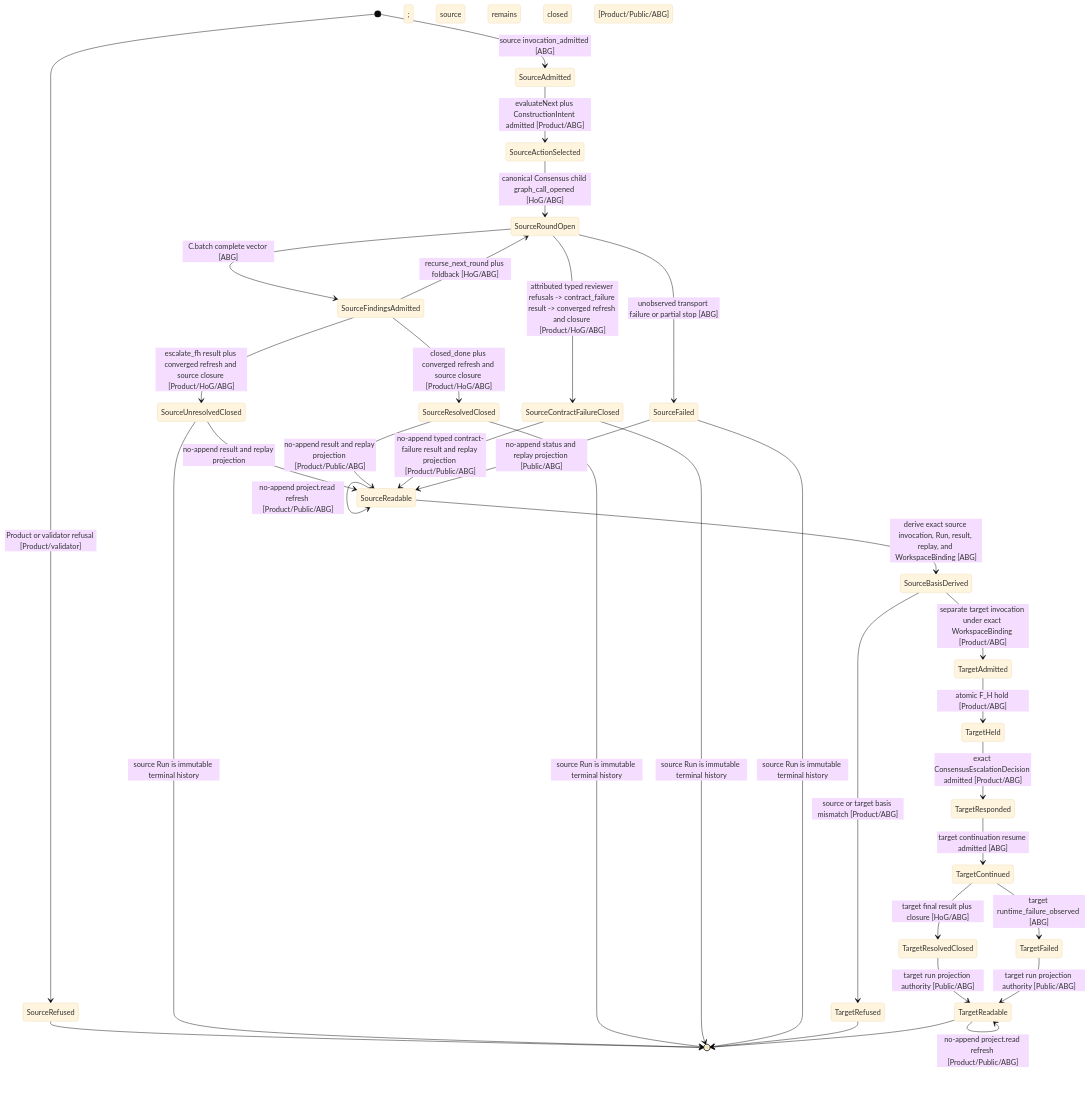
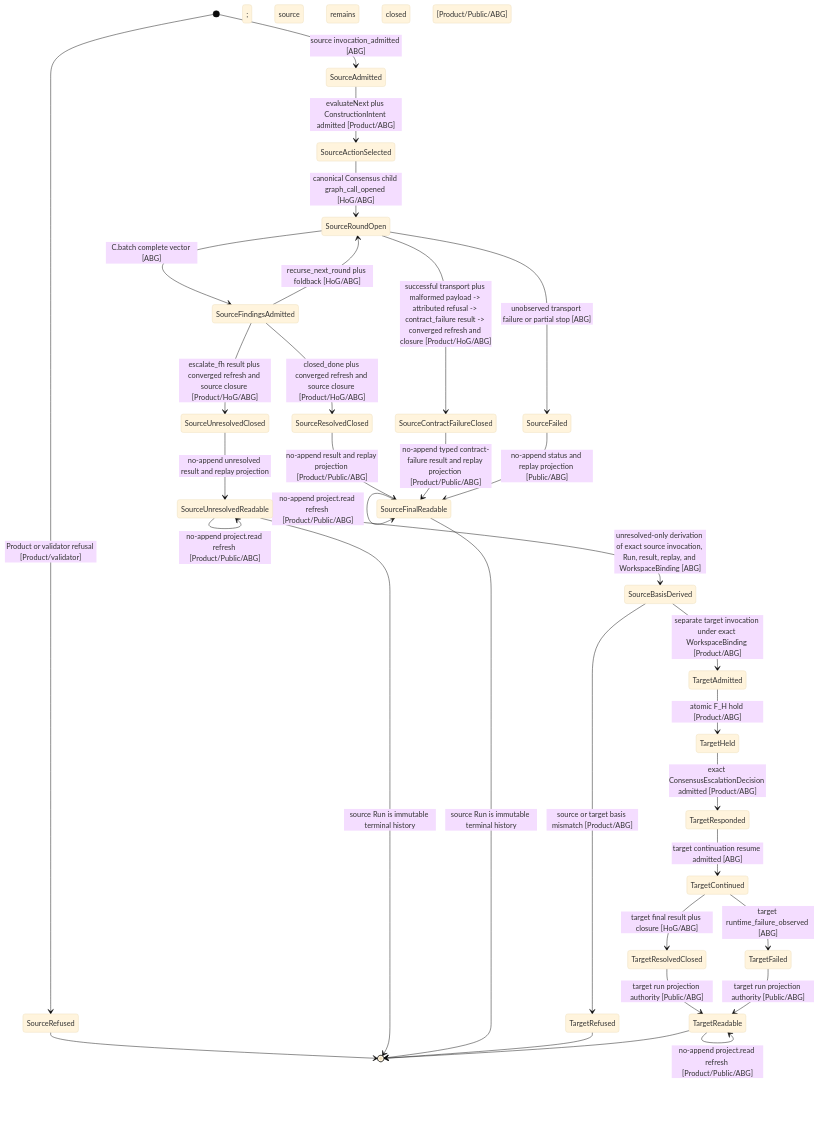
The tenth of 10 diagrams in build_tenants/abiogenesis/typescript/design/M05_DIRECT_GTL_TRAVERSAL_EXPANSION_DESIGN.md (foolishimp/abiogenesis), drawn with Mermaid (base theme) before and after one commit. The commit also changed other lines of this file and 16 other files, not shown here.

````diff
--- a/build_tenants/abiogenesis/typescript/design/M05_DIRECT_GTL_TRAVERSAL_EXPANSION_DESIGN.md
+++ b/build_tenants/abiogenesis/typescript/design/M05_DIRECT_GTL_TRAVERSAL_EXPANSION_DESIGN.md
@@ -2833,36 +2890,35 @@
 ```mermaid
 stateDiagram-v2
   [*] --> SourceRefused: Product or validator refusal [Product/validator]
   [*] --> SourceAdmitted: source invocation_admitted [ABG]
   SourceAdmitted --> SourceActionSelected: evaluateNext plus ConstructionIntent admitted [Product/ABG]
   SourceActionSelected --> SourceRoundOpen: canonical Consensus child graph_call_opened [HoG/ABG]
   SourceRoundOpen --> SourceFindingsAdmitted: C.batch complete vector [ABG]
-  SourceRoundOpen --> SourceContractFailureClosed: attributed typed reviewer refusals -> contract_failure result -> converged refresh and closure [Product/HoG/ABG]
+  SourceRoundOpen --> SourceContractFailureClosed: successful transport plus malformed payload -> attributed refusal -> contract_failure result -> converged refresh and closure [Product/HoG/ABG]
   SourceRoundOpen --> SourceFailed: unobserved transport failure or partial stop [ABG]
   SourceFindingsAdmitted --> SourceRoundOpen: recurse_next_round plus foldback [HoG/ABG]
   SourceFindingsAdmitted --> SourceUnresolvedClosed: escalate_fh result plus converged refresh and source closure [Product/HoG/ABG]
   SourceFindingsAdmitted --> SourceResolvedClosed: closed_done plus converged refresh and source closure [Product/HoG/ABG]
-  SourceUnresolvedClosed --> SourceReadable: no-append result and replay projection; source remains closed [Product/Public/ABG]
-  SourceResolvedClosed --> SourceReadable: no-append result and replay projection [Product/Public/ABG]
-  SourceContractFailureClosed --> SourceReadable: no-append typed contract-failure result and replay projection [Product/Public/ABG]
-  SourceFailed --> SourceReadable: no-append status and replay projection [Public/ABG]
-  SourceReadable --> SourceReadable: no-append project.read refresh [Product/Public/ABG]
-  SourceReadable --> SourceBasisDerived: derive exact source invocation, Run, result, replay, and WorkspaceBinding [ABG]
+  SourceUnresolvedClosed --> SourceUnresolvedReadable: no-append unresolved result and replay projection; source remains closed [Product/Public/ABG]
+  SourceResolvedClosed --> SourceFinalReadable: no-append result and replay projection [Product/Public/ABG]
+  SourceContractFailureClosed --> SourceFinalReadable: no-append typed contract-failure result and replay projection [Product/Public/ABG]
+  SourceFailed --> SourceFinalReadable: no-append status and replay projection [Public/ABG]
+  SourceUnresolvedReadable --> SourceUnresolvedReadable: no-append project.read refresh [Product/Public/ABG]
+  SourceFinalReadable --> SourceFinalReadable: no-append project.read refresh [Product/Public/ABG]
+  SourceUnresolvedReadable --> SourceBasisDerived: unresolved-only derivation of exact source invocation, Run, result, replay, and WorkspaceBinding [ABG]
   SourceBasisDerived --> TargetRefused: source or target basis mismatch [Product/ABG]
   SourceBasisDerived --> TargetAdmitted: separate target invocation under exact WorkspaceBinding [Product/ABG]
   TargetAdmitted --> TargetHeld: atomic F_H hold [Product/ABG]
   TargetHeld --> TargetResponded: exact ConsensusEscalationDecision admitted [Product/ABG]
   TargetResponded --> TargetContinued: target continuation resume admitted [ABG]
   TargetContinued --> TargetResolvedClosed: target final result plus closure [HoG/ABG]
   TargetContinued --> TargetFailed: target runtime_failure_observed [ABG]
   TargetResolvedClosed --> TargetReadable: target run projection authority [Public/ABG]
   TargetFailed --> TargetReadable: target run projection authority [Public/ABG]
   TargetReadable --> TargetReadable: no-append project.read refresh [Product/Public/ABG]
   SourceRefused --> [*]
-  SourceUnresolvedClosed --> [*]: source Run is immutable terminal history
-  SourceResolvedClosed --> [*]: source Run is immutable terminal history
-  SourceContractFailureClosed --> [*]: source Run is immutable terminal history
-  SourceFailed --> [*]: source Run is immutable terminal history
+  SourceUnresolvedReadable --> [*]: source Run is immutable terminal history
+  SourceFinalReadable --> [*]: source Run is immutable terminal history
   TargetRefused --> [*]
   TargetReadable --> [*]
 ```
````
